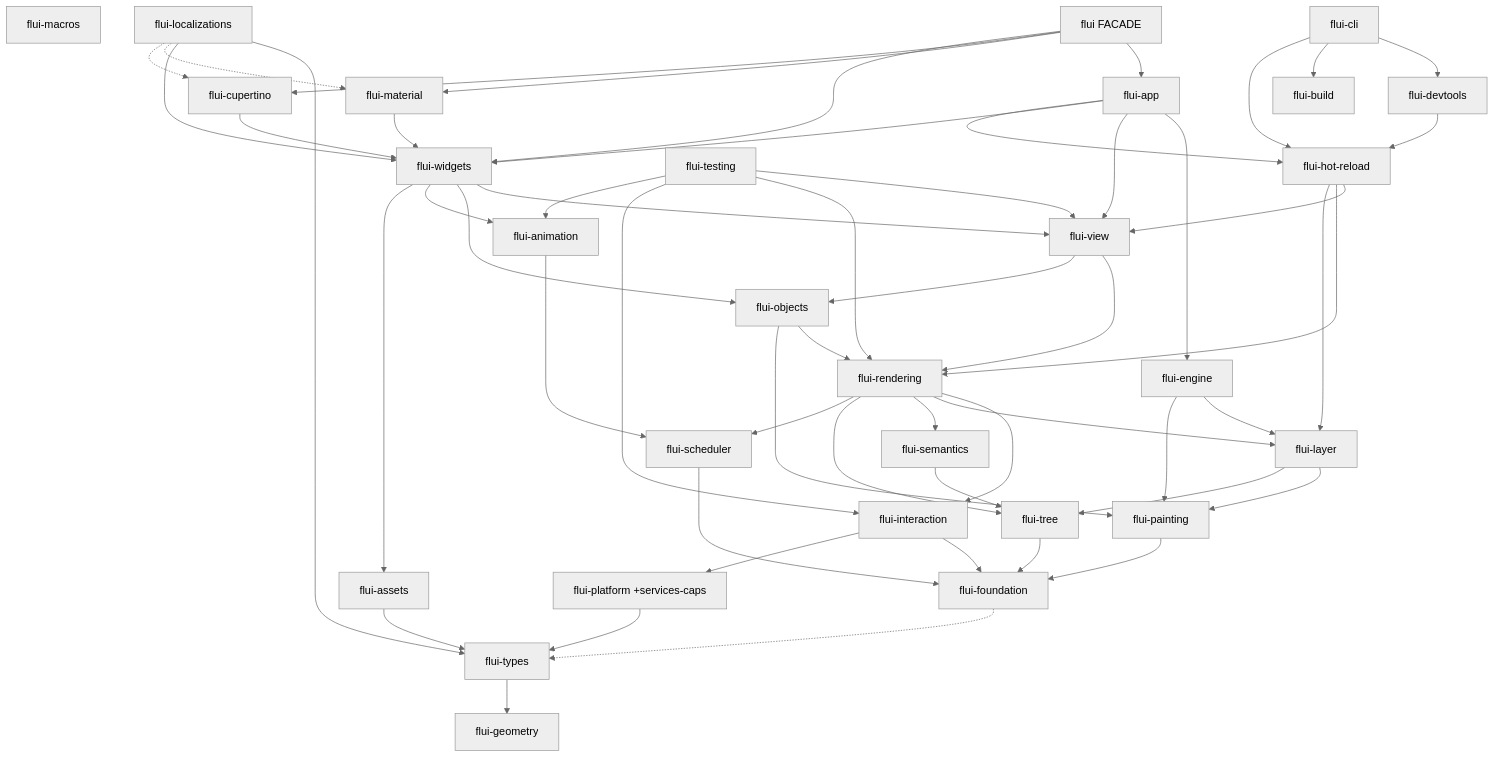
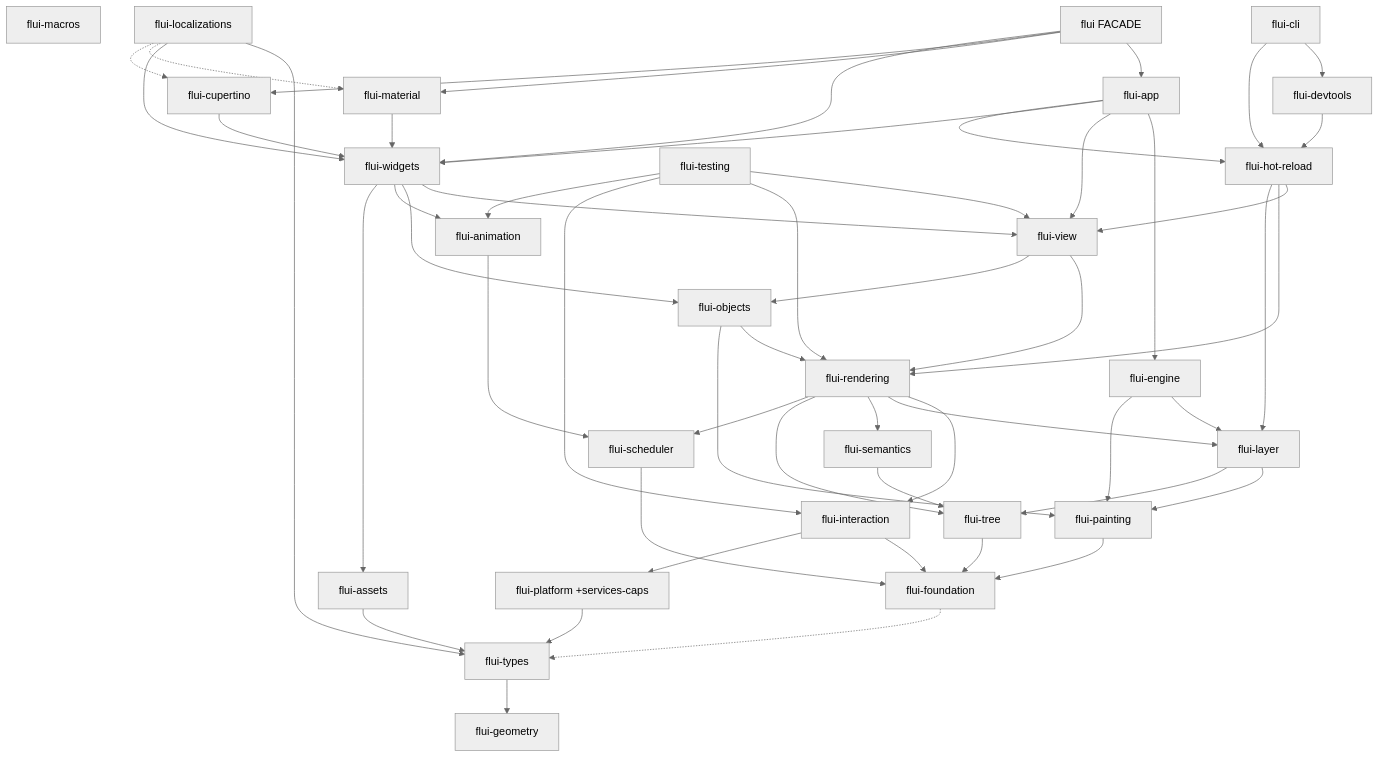
The diagram in docs/FOUNDATIONS.md (vanyastaff/flui), drawn with Mermaid (neutral theme) before and after one commit. The commit also changed other lines of this file and 72 other files, not shown here.

```diff
--- a/docs/FOUNDATIONS.md
+++ b/docs/FOUNDATIONS.md
@@ -182,7 +182,6 @@
     view[flui-view]
     devtools[flui-devtools]
     cli[flui-cli]
-    build[flui-build]
     hotreload[flui-hot-reload]
     widgets[flui-widgets]
     testing[flui-testing]
@@ -239,7 +238,6 @@
     app --> hotreload
     devtools --> hotreload
     cli --> devtools
-    cli --> build
     cli --> hotreload
     facade --> app
     facade --> material
```
